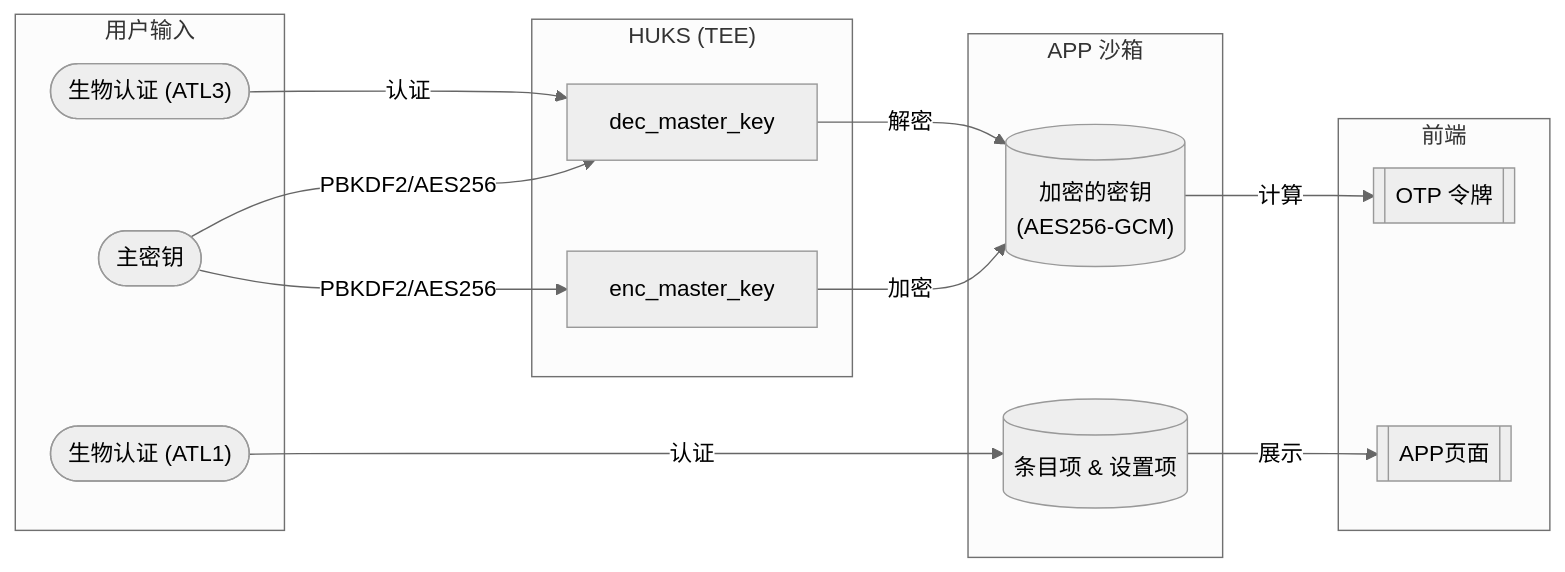
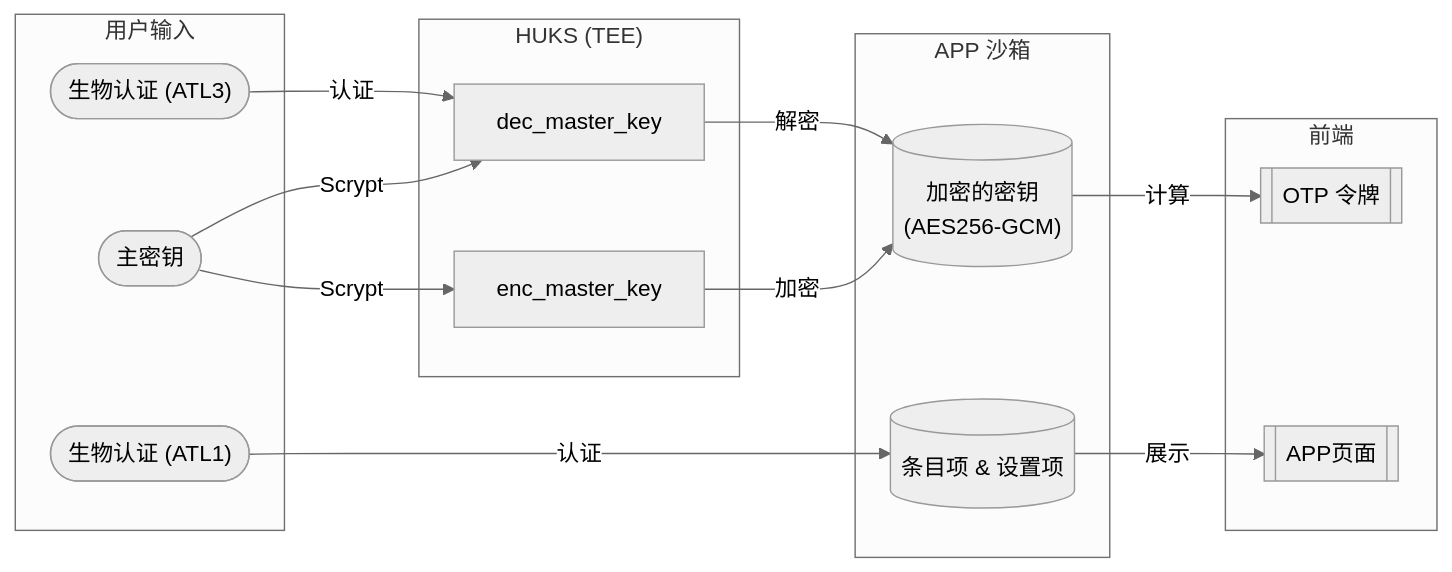
Before and after one commit to iamhyc/Aigis: the diagram in README.md, drawn with Mermaid (neutral theme).

````diff
--- a/README.md
+++ b/README.md
@@ -27,43 +27,43 @@
 ```mermaid
 flowchart LR
 
 Dst1[["OTP 令牌"]]
 Dst2[("条目项 & 设置项")]
 Dst4[["APP页面"]]
 
 Src0(["生物认证 (ATL1)"])
 
 Src1(["生物认证 (ATL3)"])
 
 Src2(["主密钥"])
 Src2a["dec_master_key"]
 Via2[("加密的密钥<br/>(AES256-GCM)")]
 Src2b["enc_master_key"]
 
 subgraph "用户输入"
 Src0
 Src1
 Src2
 end
 
 subgraph "HUKS (TEE)"
 Src2a
 Src2b
 end
 
 subgraph "APP 沙箱"
 Via2
 Dst2
 end
 
 subgraph "前端"
 Dst1
 Dst4
 end
 
 Src1--认证-->Src2a
-Src2--PBKDF2/AES256-->Src2a--解密-->Via2--计算-->Dst1
-Src2--PBKDF2/AES256-->Src2b--加密-->Via2
+Src2--Scrypt-->Src2a--解密-->Via2--计算-->Dst1
+Src2--Scrypt-->Src2b--加密-->Via2
 
 Src0--认证-->Dst2--展示-->Dst4
 ```
````
